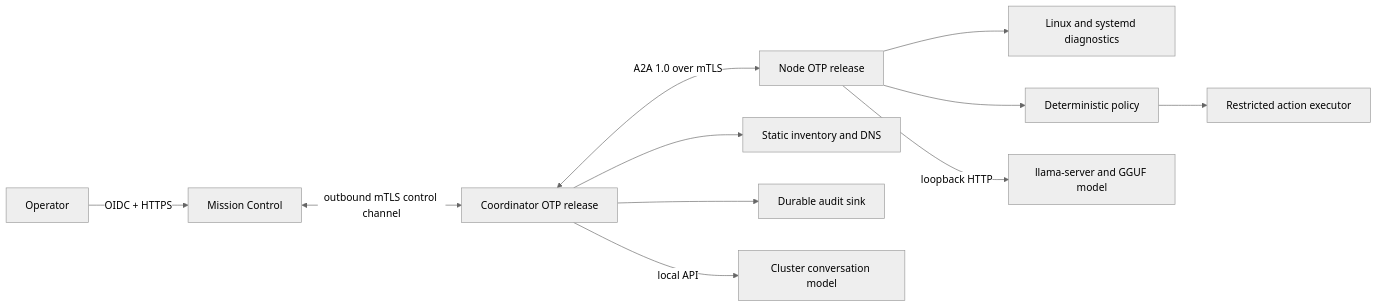
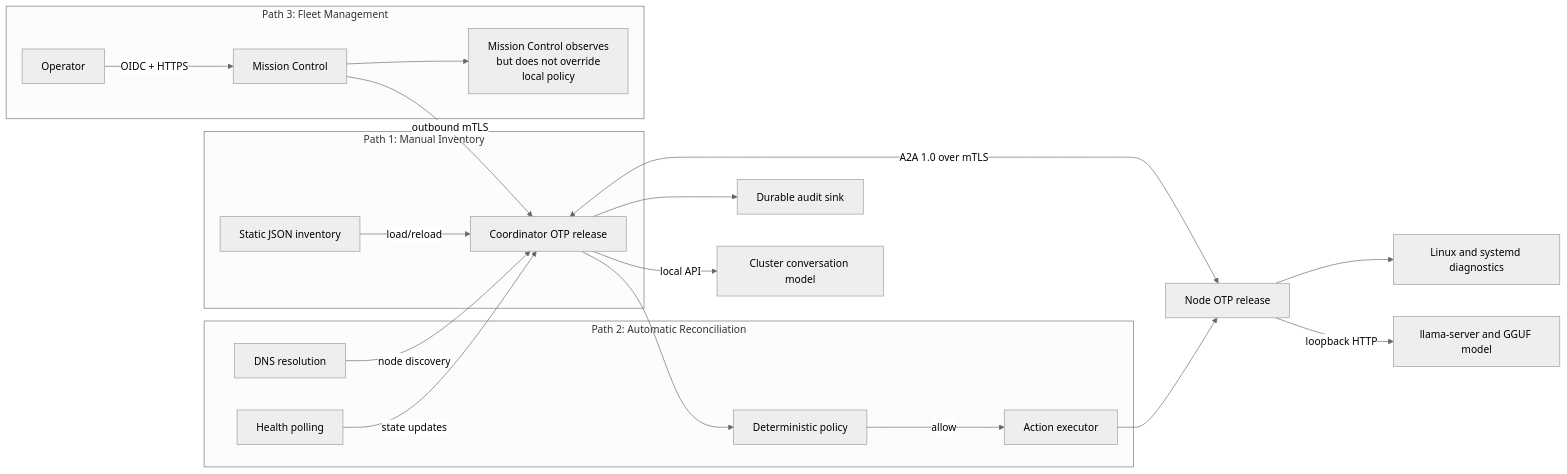
The diagram in plans/exocomp.md (NVShawn/exocomp), drawn with Mermaid (neutral theme) before and after one commit. The commit also changed other lines of this file, not shown here.

First line of the commit message:
EXOCOMP-187: Integrate three-path desired-state design into project plans

````diff
--- a/plans/exocomp.md
+++ b/plans/exocomp.md
@@ -40,13 +119,31 @@
 ```mermaid
 flowchart LR
-    Operator[Operator] -->|OIDC + HTTPS| Mission[Mission Control]
-    Mission <-->|outbound mTLS control channel| Coordinator[Coordinator OTP release]
+    subgraph Path1["Path 1: Manual Inventory"]
+        Inventory[Static JSON inventory]
+        Inventory -->|load/reload| Coordinator
+    end
+
+    subgraph Path2["Path 2: Automatic Reconciliation"]
+        DNS[DNS resolution]
+        Poller[Health polling]
+        DNS -->|node discovery| Coordinator
+        Poller -->|state updates| Coordinator
+        Policy[Deterministic policy]
+        Coordinator --> Policy
+        Policy -->|allow| Executor[Action executor]
+    end
+
+    subgraph Path3["Path 3: Fleet Management"]
+        Operator[Operator] -->|OIDC + HTTPS| Mission[Mission Control]
+        Mission -->|outbound mTLS| Coordinator
+        Mission --> MissionPolicy["Mission Control observes\nbut does not override\nlocal policy"]
+    end
+
+    Coordinator[Coordinator OTP release]
     Coordinator <-->|A2A 1.0 over mTLS| Node[Node OTP release]
     Node --> Diagnostics[Linux and systemd diagnostics]
-    Node --> Policy[Deterministic policy]
-    Policy --> Executor[Restricted action executor]
+    Executor --> Node
     Node -->|loopback HTTP| Llama[llama-server and GGUF model]
-    Coordinator --> Inventory[Static inventory and DNS]
     Coordinator --> Audit[Durable audit sink]
     Coordinator -->|local API| ClusterModel[Cluster conversation model]
 ```
````
